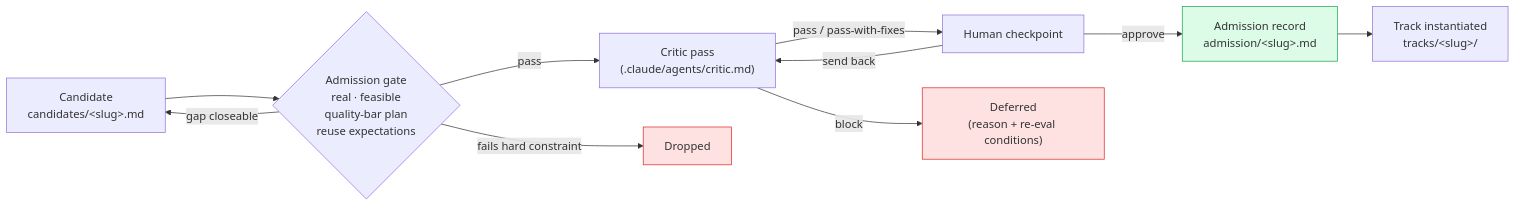
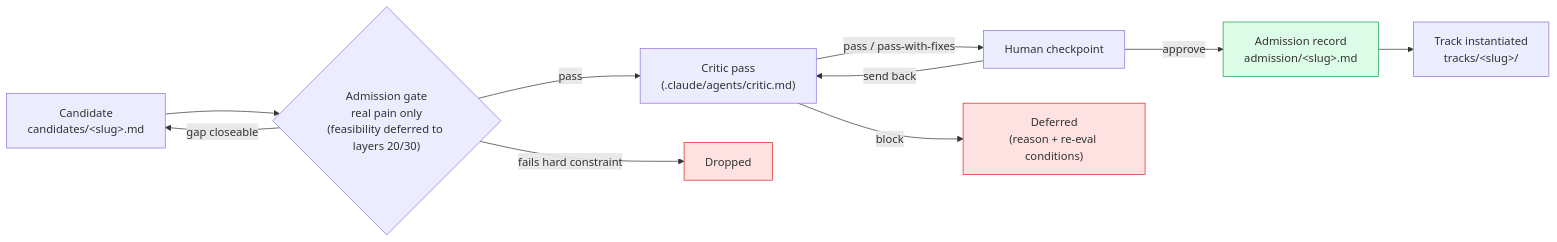
Before and after one commit to zzyy-gh/ahbu: the diagram in layers/10-pain-point-validation/README.md, drawn with Mermaid. The commit also changed other lines of this file and 2 other files, not shown here.

````diff
--- a/layers/10-pain-point-validation/README.md
+++ b/layers/10-pain-point-validation/README.md
@@ -19,25 +21,25 @@
 ```mermaid
 flowchart LR
     C["Candidate<br/>candidates/&lt;slug&gt;.md"]
-    G{"Admission gate<br/>real · feasible<br/>quality-bar plan<br/>reuse expectations"}
+    G{"Admission gate<br/>real pain only<br/>(feasibility deferred to layers 20/30)"}
     CR["Critic pass<br/>(.claude/agents/critic.md)"]
     HC["Human checkpoint"]
     A["Admission record<br/>admission/&lt;slug&gt;.md"]
     T["Track instantiated<br/>tracks/&lt;slug&gt;/"]
     D["Deferred<br/>(reason + re-eval conditions)"]
     DR["Dropped"]
 
     C --> G
     G -- pass --> CR
     G -- gap closeable --> C
     G -- fails hard constraint --> DR
     CR -- pass / pass-with-fixes --> HC
     CR -- block --> D
     HC -- approve --> A
     HC -- send back --> CR
     A --> T
 
     style A fill:#dcfce7,stroke:#16a34a
     style D fill:#fee2e2,stroke:#dc2626
     style DR fill:#fee2e2,stroke:#dc2626
 ```
````
